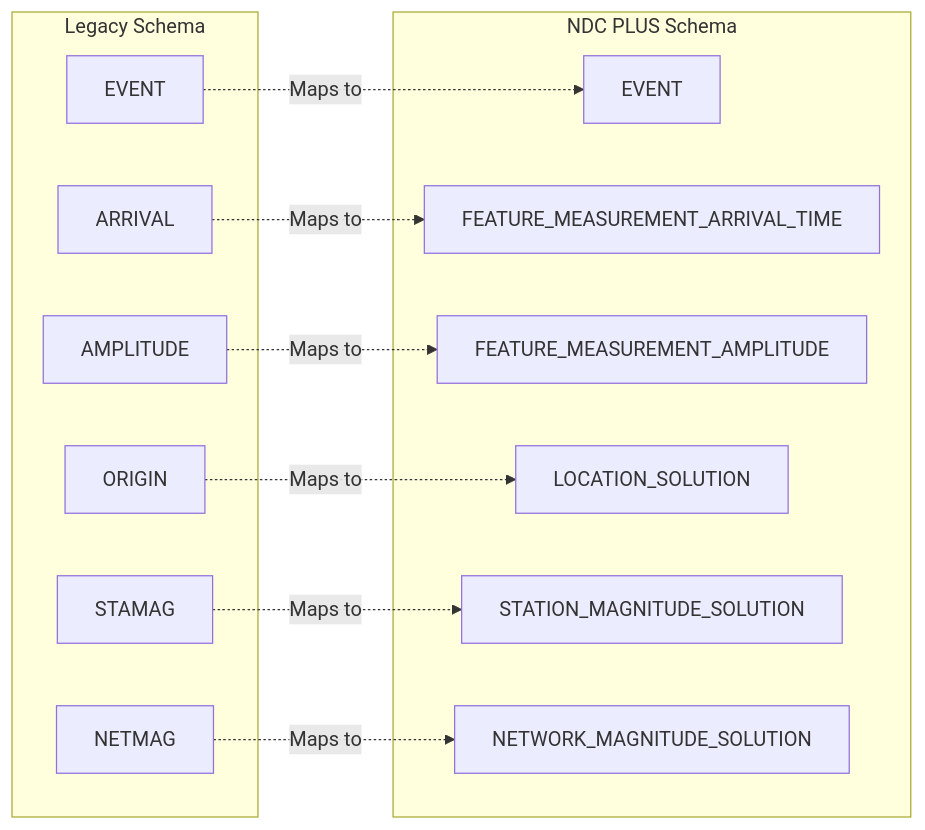
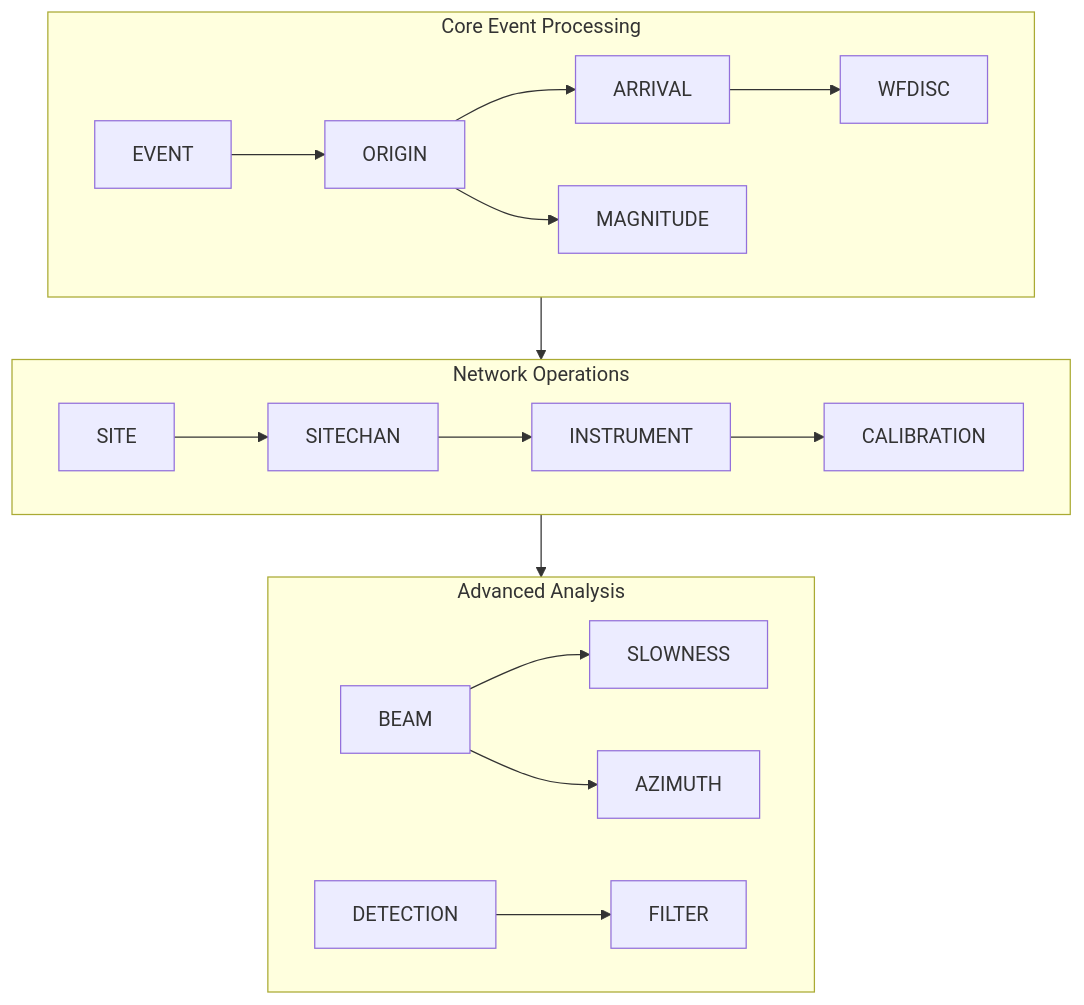
The diagram in README.md (jwehlen-cell/SchemeTest3), drawn with Mermaid before and after one commit. The commit also changed other lines of this file and 41 other files, not shown here.

First line of the commit message:
feat: Transform repository from multi-schema to single USNDC schema system

````diff
--- a/README.md
+++ b/README.md
@@ -96,27 +105,24 @@
 ```mermaid
-graph LR
-    subgraph Legacy["Legacy Schema"]
-        L1[EVENT]
-        L2[ARRIVAL]
-        L3[AMPLITUDE]
-        L4[ORIGIN]
-        L5[STAMAG]
-        L6[NETMAG]
+graph TD
+    subgraph Core["Core Event Processing"]
+        E[EVENT] --> O[ORIGIN]
+        O --> A[ARRIVAL]
+        A --> W[WFDISC]
+        O --> M[MAGNITUDE]
     end
     
-    subgraph NDC["NDC PLUS Schema"]
-        N1[EVENT]
-        N2[FEATURE_MEASUREMENT_ARRIVAL_TIME]
-        N3[FEATURE_MEASUREMENT_AMPLITUDE]
-        N4[LOCATION_SOLUTION]
-        N5[STATION_MAGNITUDE_SOLUTION]
-        N6[NETWORK_MAGNITUDE_SOLUTION]
+    subgraph Network["Network Operations"]
+        S[SITE] --> SC[SITECHAN]
+        SC --> I[INSTRUMENT]
+        I --> C[CALIBRATION]
     end
     
-    L1 -.->|"Maps to"| N1
-    L2 -.->|"Maps to"| N2
-    L3 -.->|"Maps to"| N3
-    L4 -.->|"Maps to"| N4
-    L5 -.->|"Maps to"| N5
-    L6 -.->|"Maps to"| N6
+    subgraph Analysis["Advanced Analysis"]
+        B[BEAM] --> SL[SLOWNESS]
+        B --> AZ[AZIMUTH]
+        D[DETECTION] --> F[FILTER]
+    end
+    
+    Core --> Network
+    Network --> Analysis
 ```
````
